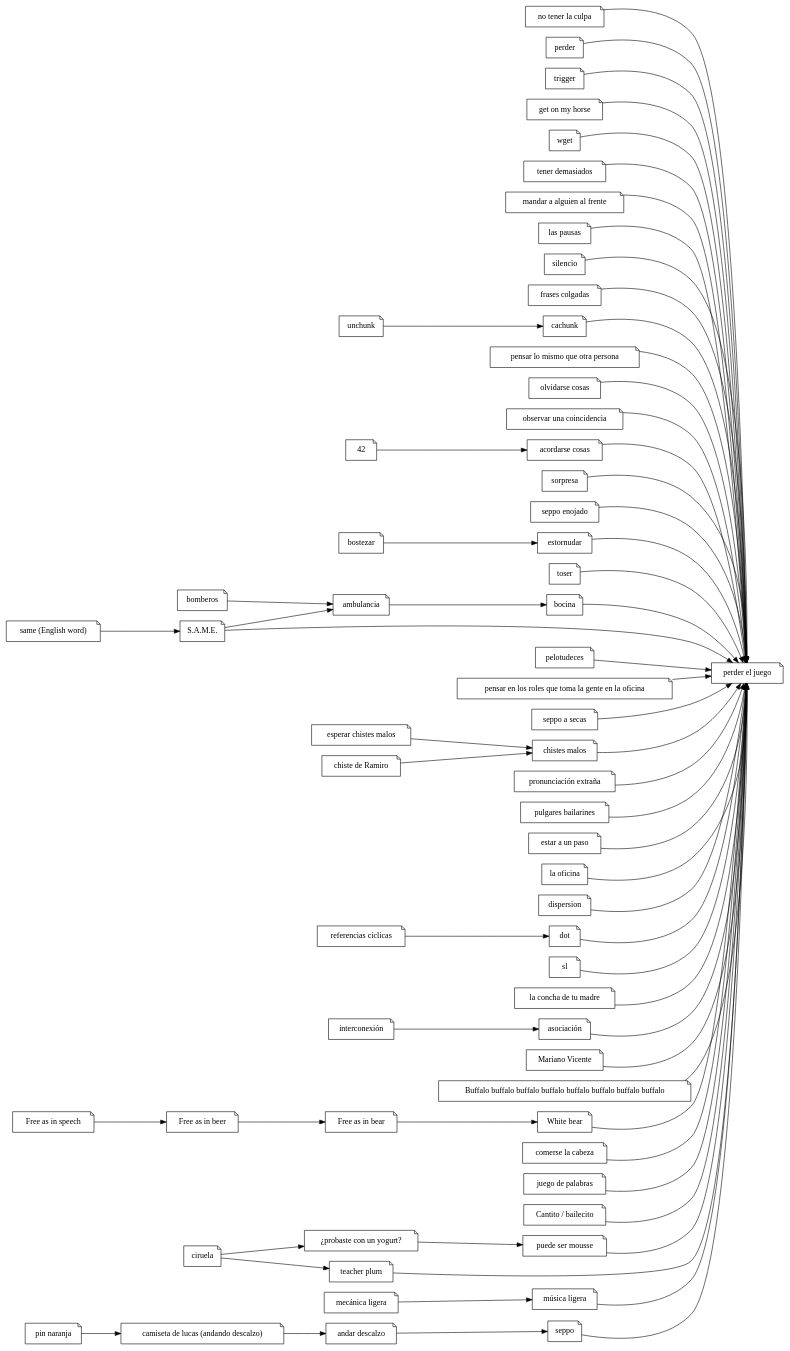
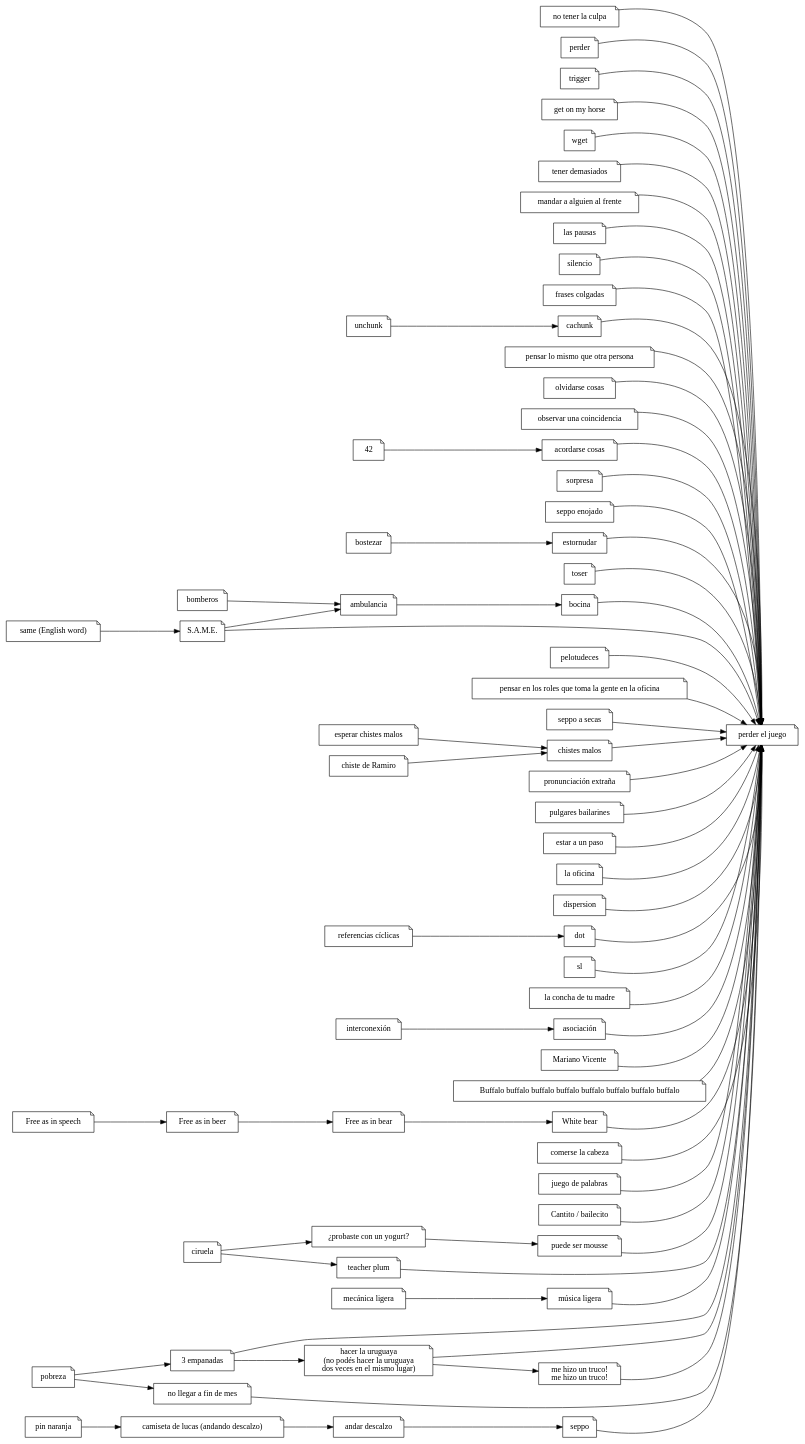
The diagram in ilostthegame.dot (ramiror/ilostthegame), drawn with Graphviz before and after one commit. The commit also changed 3 other files, not shown here.

```diff
--- a/ilostthegame.dot
+++ b/ilostthegame.dot
@@ -1,124 +1,133 @@
 digraph
 {
     rankdir="LR"
     node [shape="note"]
 
     pej [label="perder el juego"]
     "no tener la culpa"
     "perder"
     "trigger"
     "get on my horse"
     "wget"
     "tener demasiados"
     "mandar a alguien al frente"
     "las pausas"
     "silencio"
     "frases colgadas"
     "cachunk"
     "pensar lo mismo que otra persona"
     "olvidarse cosas"
     "observar una coincidencia"
     "acordarse cosas"
     "sorpresa"
     "seppo enojado"
     "estornudar"
     "toser"
     "bocina"
     "pelotudeces"
     roles [label="pensar en los roles que toma la gente en la oficina"]
     "seppo a secas"
     "bostezar"
     "chistes malos"
     pe [label="pronunciación extraña"]
     "pulgares bailarines"
     "estar a un paso"
     "la oficina"
     "dispersion"
     "ambulancia"
     "esperar chistes malos"
     "chiste de Ramiro"
     "unchunk"
     "andar descalzo"
     "pin naranja"
     dot
     sl
     rc [label="referencias cíclicas"]
     camiseta [label="camiseta de lucas (andando descalzo)"]
     lcdtm [label="la concha de tu madre"]
     bomberos
     int [label="interconexión"]
     asoc [label="asociación"]
     mv [label="Mariano Vicente"]
     buffalo [label="Buffalo buffalo buffalo buffalo buffalo buffalo buffalo buffalo"]
     fais [label="Free as in speech"]
     faib [label="Free as in beer"]
     faibe [label="Free as in bear"]
     wb [label="White bear"]
     comecoco [label="comerse la cabeza"]
     palabras [label="juego de palabras"]
     cantito [label="Cantito / bailecito"]
     same_english [label="same (English word)"]
     same_acronym [label="S.A.M.E."]
     yogurt [label="¿probaste con un yogurt?"]
     mousse [label="puede ser mousse"]
     teacher_plum [label="teacher plum"]
     meli [label="mecánica ligera"]
     muli [label="música ligera"]
+    pobreza [label="pobreza"]
+    emp3 [label="3 empanadas"]
+    nomes [label="no llegar a fin de mes"]
+    uruguaya [label="hacer la uruguaya\n(no podés hacer la uruguaya\ndos veces en el mismo lugar)"]
+    truco [label="me hizo un truco!\nme hizo un truco!"]
 
     "perder"                           -> pej
     "no tener la culpa"                -> pej
     "trigger"                          -> pej
     "get on my horse"                  -> pej
     "wget"                             -> pej
     "tener demasiados"                 -> pej
     "mandar a alguien al frente"       -> pej
     "las pausas"                       -> pej
     "silencio"                         -> pej
     "frases colgadas"                  -> pej
     "cachunk"                          -> pej
     "pensar lo mismo que otra persona" -> pej
     "olvidarse cosas"                  -> pej
     "observar una coincidencia"        -> pej
     "acordarse cosas"                  -> pej
     "sorpresa"                         -> pej
     "seppo enojado"                    -> pej
     "estornudar"                       -> pej
     "toser"                            -> pej
     "bocina"                           -> pej
     "pelotudeces"                      -> pej
     roles -> pej
     "seppo a secas"                    -> pej
     "chistes malos"                    -> pej
     pe                                 -> pej
     "pulgares bailarines"              -> pej
     "estar a un paso"                  -> pej
     "la oficina"                       -> pej
     "dispersion"                       -> pej
     "seppo"                            -> pej
     lcdtm                              -> pej
     asoc                               -> pej
     mv                                 -> pej
     dot                                -> pej
     sl                                 -> pej
     buffalo                            -> pej
     comecoco                           -> pej
     palabras                           -> pej
 
     bomberos -> "ambulancia" -> "bocina"
     "esperar chistes malos" -> "chistes malos"
     "chiste de Ramiro" -> "chistes malos"
     "unchunk" -> "cachunk"
     "andar descalzo" -> "seppo"
     "pin naranja" -> camiseta -> "andar descalzo"
     int -> asoc
     "bostezar" -> estornudar
     42 -> "acordarse cosas"
     rc -> dot
     fais -> faib -> faibe -> wb        -> pej
     cantito                            -> pej
     same_english -> same_acronym       -> pej
     same_acronym -> ambulancia
     ciruela -> yogurt -> mousse        -> pej
     ciruela -> teacher_plum            -> pej
     meli -> muli                       -> pej
+    pobreza -> emp3                    -> pej
+    pobreza -> nomes                   -> pej
+    emp3 -> uruguaya                   -> pej
+    uruguaya -> truco                  -> pej
 }
```
